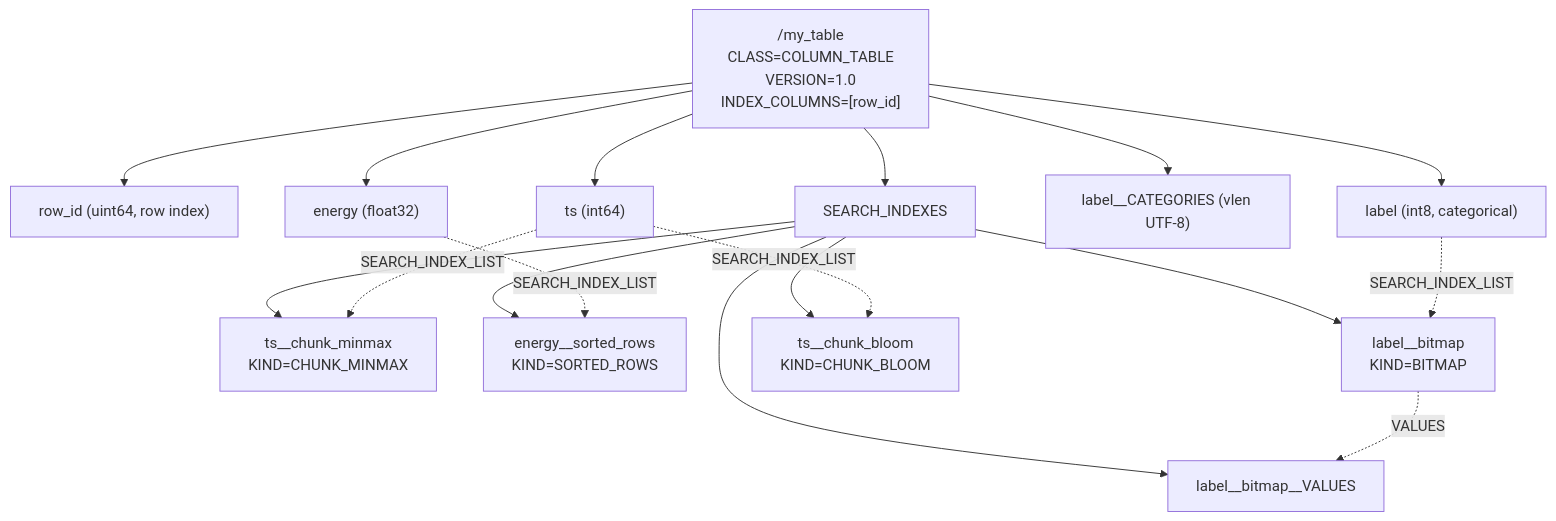
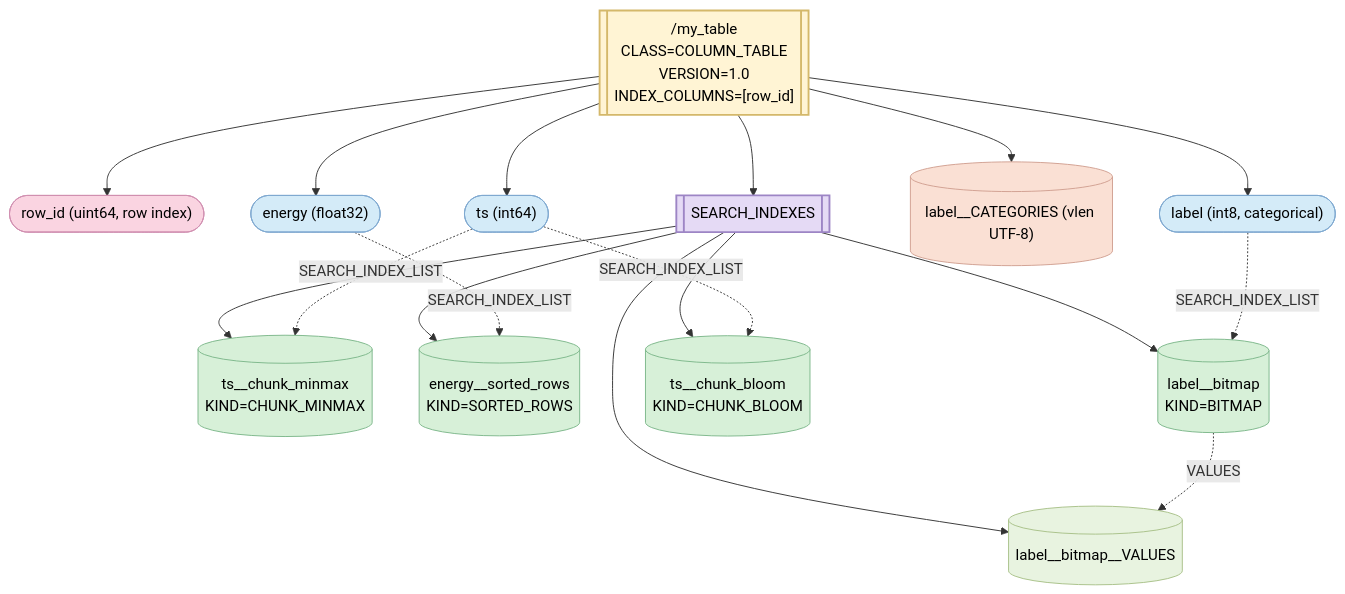
Before and after one commit to HDFAlliance/heps: the eighth of 8 diagrams in HEP001/index.md, drawn with Mermaid. The commit also changed other lines of this file, not shown here.

Commit message:
Improve Mermaid diagrams

````diff
--- a/HEP001/index.md
+++ b/HEP001/index.md
@@ -1284,20 +1339,36 @@
 ```{mermaid}
 graph TD
-  TG["/my_table<br/>CLASS=COLUMN_TABLE<br/>VERSION=1.0<br/>INDEX_COLUMNS=[row_id]"]
-  TG --> ri["row_id (uint64, row index)"]
-  TG --> ts["ts (int64)"]
-  TG --> en["energy (float32)"]
-  TG --> lb["label (int8, categorical)"]
-  TG --> lc["label__CATEGORIES (vlen UTF-8)"]
-  TG --> SI["SEARCH_INDEXES"]
-  SI --> mm["ts__chunk_minmax<br/>KIND=CHUNK_MINMAX"]
-  SI --> sr["energy__sorted_rows<br/>KIND=SORTED_ROWS"]
-  SI --> bm["label__bitmap<br/>KIND=BITMAP"]
-  SI --> bv["label__bitmap__VALUES"]
-  SI --> bf["ts__chunk_bloom<br/>KIND=CHUNK_BLOOM"]
+  TG[["/my_table<br/>CLASS=COLUMN_TABLE<br/>VERSION=1.0<br/>INDEX_COLUMNS=[row_id]"]]
+  TG --> ri(["row_id (uint64, row index)"])
+  TG --> ts(["ts (int64)"])
+  TG --> en(["energy (float32)"])
+  TG --> lb(["label (int8, categorical)"])
+  TG --> lc[("label__CATEGORIES (vlen UTF-8)")]
+  TG --> SI[["SEARCH_INDEXES"]]
+  SI --> mm[("ts__chunk_minmax<br/>KIND=CHUNK_MINMAX")]
+  SI --> sr[("energy__sorted_rows<br/>KIND=SORTED_ROWS")]
+  SI --> bm[("label__bitmap<br/>KIND=BITMAP")]
+  SI --> bv[("label__bitmap__VALUES")]
+  SI --> bf[("ts__chunk_bloom<br/>KIND=CHUNK_BLOOM")]
   ts -.->|"SEARCH_INDEX_LIST"| mm
   ts -.->|"SEARCH_INDEX_LIST"| bf
   en -.->|"SEARCH_INDEX_LIST"| sr
   lb -.->|"SEARCH_INDEX_LIST"| bm
   bm -.->|"VALUES"| bv
+
+  classDef tableGroup fill:#FFF4D4,stroke:#D4B86A,stroke-width:2px,color:#000
+  classDef siGroup    fill:#E5DAF5,stroke:#9D85C5,stroke-width:2px,color:#000
+  classDef dataCol    fill:#D4EBF8,stroke:#7FA9D0,stroke-width:1px,color:#000
+  classDef indexCol   fill:#FAD4E1,stroke:#D08FB0,stroke-width:1px,color:#000
+  classDef catData    fill:#FAE0D4,stroke:#D09F90,stroke-width:1px,color:#000
+  classDef siData     fill:#D7F0D8,stroke:#7CB78A,stroke-width:1px,color:#000
+  classDef siValues   fill:#E8F3E0,stroke:#A8C088,stroke-width:1px,color:#000
+
+  class TG tableGroup
+  class SI siGroup
+  class ri indexCol
+  class ts,en,lb dataCol
+  class lc catData
+  class mm,sr,bm,bf siData
+  class bv siValues
 ```
````
